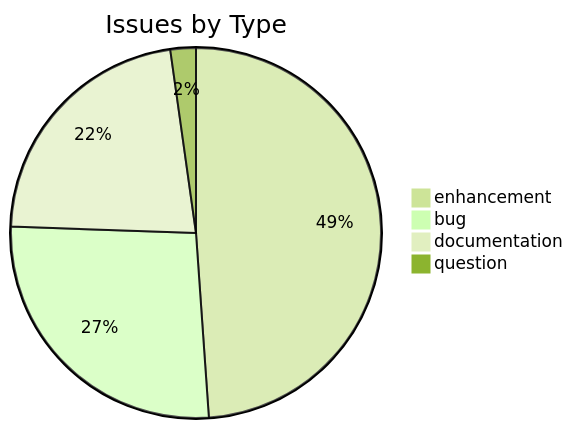
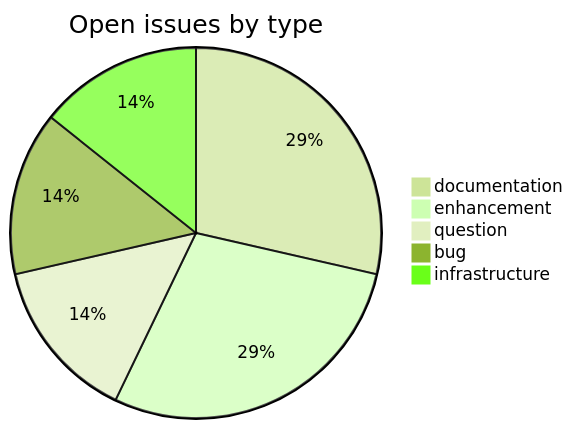
Before and after one commit to sanskrit-lexicon/csl-pywork: the first of 2 diagrams in README.md, drawn with Mermaid (forest theme). The commit also changed other lines of this file, not shown here.

````diff
--- a/README.md
+++ b/README.md
@@ -19,7 +28,8 @@
 ```mermaid
-pie title Issues by Type
-    "enhancement" : 22
-    "bug" : 12
-    "documentation" : 10
+pie title Open issues by type
+    "documentation" : 2
+    "enhancement" : 2
     "question" : 1
+    "bug" : 1
+    "infrastructure" : 1
 ```
````
